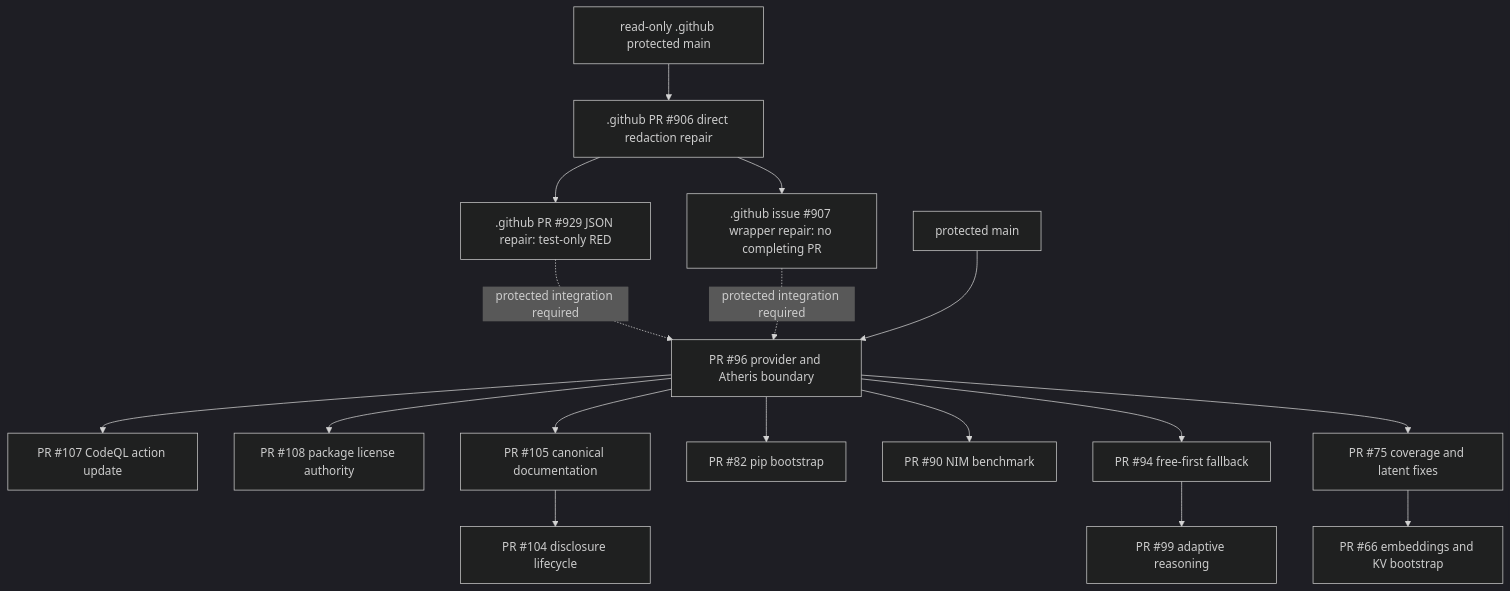
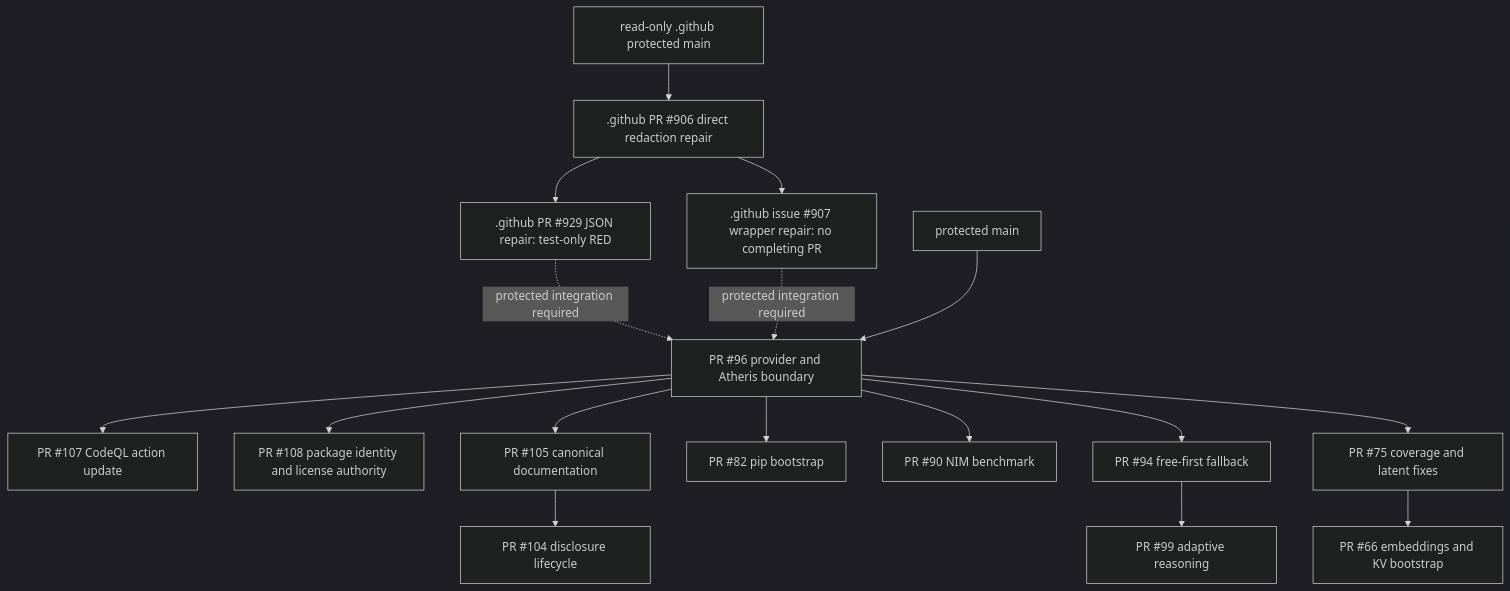
Before and after one commit to ContextualWisdomLab/contextual-orchestrator: the diagram in docs/TRACEABILITY.md, drawn with Mermaid (dark theme). The commit also changed other lines of this file and 1 other file, not shown here.

Commit message:
docs: refresh package identity traceability

````diff
--- a/docs/TRACEABILITY.md
+++ b/docs/TRACEABILITY.md
@@ -96,19 +96,19 @@
 ```mermaid
 flowchart TB
     centralMain["read-only .github protected main"] --> central906[".github PR #906 direct redaction repair"]
     central906 --> central929[".github PR #929 JSON repair: test-only RED"]
     central906 --> central907[".github issue #907 wrapper repair: no completing PR"]
     central929 -. protected integration required .-> pr96
     central907 -. protected integration required .-> pr96
     main["protected main"] --> pr96["PR #96 provider and Atheris boundary"]
     pr96 --> pr107["PR #107 CodeQL action update"]
-    pr96 --> pr108["PR #108 package license authority"]
+    pr96 --> pr108["PR #108 package identity and license authority"]
     pr96 --> pr105["PR #105 canonical documentation"]
     pr105 --> pr104["PR #104 disclosure lifecycle"]
     pr96 --> pr82["PR #82 pip bootstrap"]
     pr96 --> pr90["PR #90 NIM benchmark"]
     pr96 --> pr94["PR #94 free-first fallback"]
     pr94 --> pr99["PR #99 adaptive reasoning"]
     pr96 --> pr75["PR #75 coverage and latent fixes"]
     pr75 --> pr66["PR #66 embeddings and KV bootstrap"]
 ```
````
